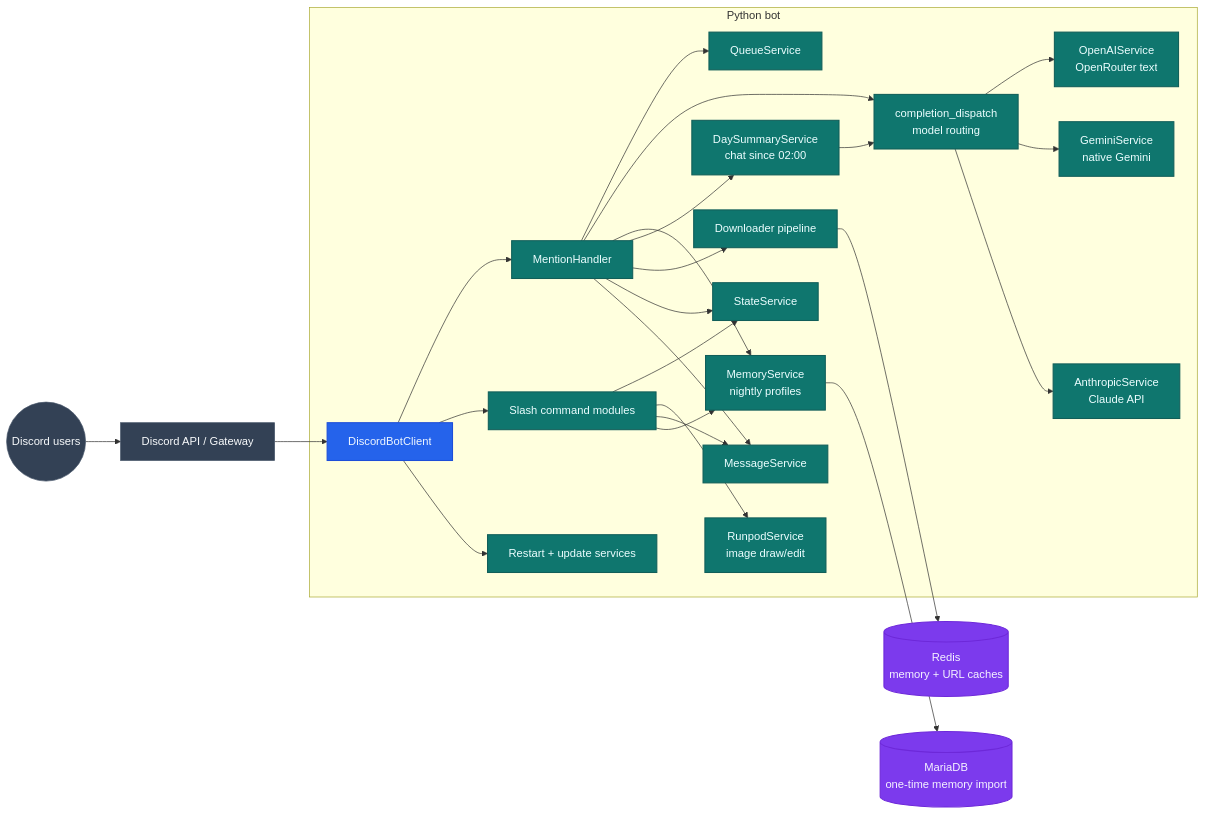
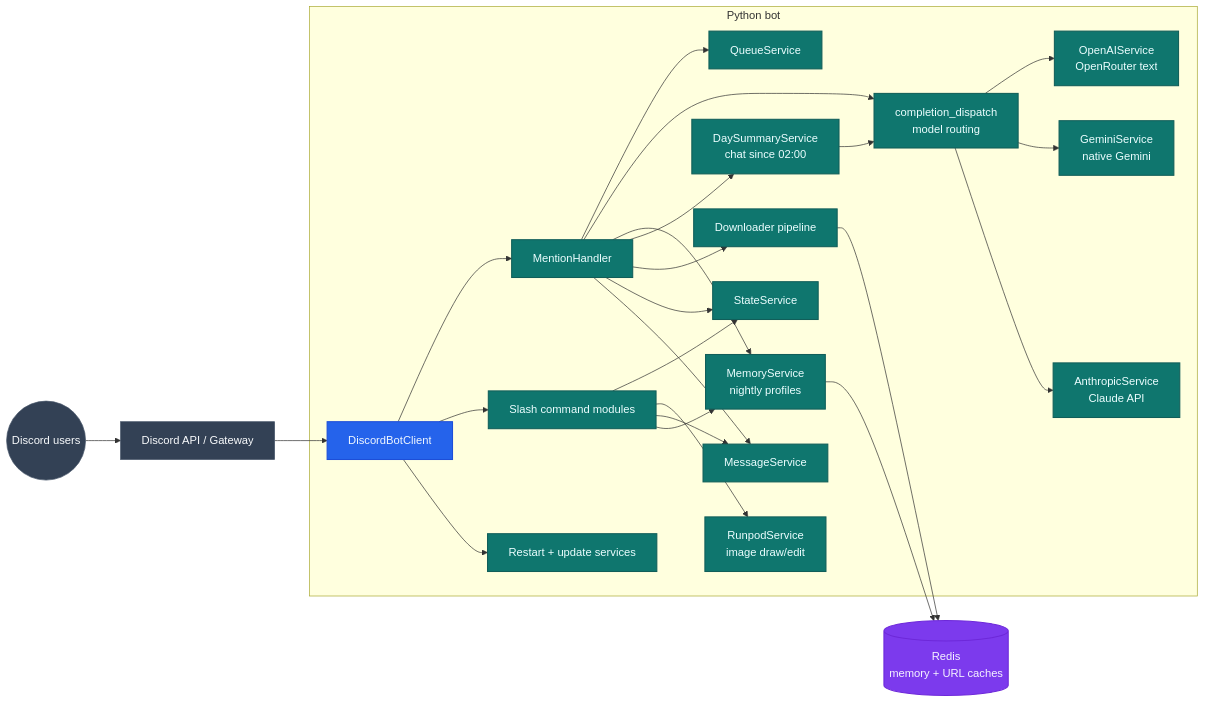
Before and after one commit to jobeus/cmwgpt: the first of 5 diagrams in docs/architecture.md, drawn with Mermaid. The commit also changed other lines of this file and 30 other files, not shown here.

First line of the commit message:
chore(storage): remove MariaDB now that memory lives in Redis

````diff
--- a/docs/architecture.md
+++ b/docs/architecture.md
@@ -29,53 +29,52 @@
 ```mermaid
 flowchart LR
     classDef edge fill:#334155,color:#f8fafc,stroke:#475569,stroke-width:1px;
     classDef bot fill:#2563eb,color:#eff6ff,stroke:#1d4ed8,stroke-width:1.5px;
     classDef service fill:#0f766e,color:#ecfeff,stroke:#115e59,stroke-width:1.5px;
     classDef data fill:#7c3aed,color:#f5f3ff,stroke:#6d28d9,stroke-width:1.5px;
 
     User((Discord users)):::edge --> Discord[Discord API / Gateway]:::edge
 
     subgraph BotApp[Python bot]
         Client[DiscordBotClient]:::bot
         Mention[MentionHandler]:::service
         Commands[Slash command modules]:::service
         Queue[QueueService]:::service
         State[StateService]:::service
         Dispatch[completion_dispatch<br/>model routing]:::service
         OpenAI[OpenAIService<br/>OpenRouter text]:::service
         Gemini[GeminiService<br/>native Gemini]:::service
         Anthropic[AnthropicService<br/>Claude API]:::service
         Memory[MemoryService<br/>nightly profiles]:::service
         DaySummary[DaySummaryService<br/>chat since 02:00]:::service
         Runpod[RunpodService<br/>image draw/edit]:::service
         Downloader[Downloader pipeline]:::service
         MsgSvc[MessageService]:::service
         Restart[Restart + update services]:::service
     end
 
     Discord --> Client
     Client --> Mention
     Client --> Commands
     Mention --> Queue
     Mention --> Dispatch
     Dispatch --> OpenAI
     Dispatch --> Gemini
     Dispatch --> Anthropic
     Mention --> Memory
     Mention --> DaySummary
     DaySummary --> Dispatch
     Mention --> Downloader
     Mention --> State
     Mention --> MsgSvc
     Commands --> State
     Commands --> Runpod
     Commands --> MsgSvc
     Client --> Restart
 
     Commands --> Memory
 
-    DB[(MariaDB<br/>one-time memory import)]:::data
-    Memory --> DB
     Cache[(Redis<br/>memory + URL caches)]:::data
+    Memory --> Cache
     Downloader --> Cache
 ```
````
